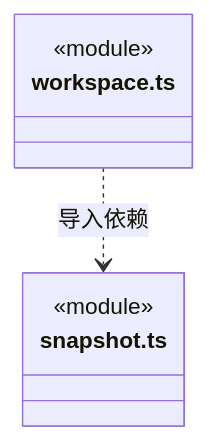
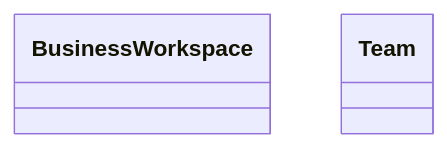
One commit to nan023062/cbim changed the diagram in src/logic/knowledge/rules/read-models/ARCHITECTURE.md. Above: the diagram before and after it, drawn with Mermaid. The commit also changed other lines of this file and 158 other files, not shown here.

Commit message:
docs: model architecture through nested virtual encapsulations

````diff
--- a/src/logic/knowledge/rules/read-models/ARCHITECTURE.md
+++ b/src/logic/knowledge/rules/read-models/ARCHITECTURE.md
@@ -141,10 +18,7 @@
 ```mermaid
 classDiagram
-class N_src_logic_knowledge_rules_read_models_workspace_ts["workspace.ts"] {
-  <<module>>
-}
-class N_src_logic_knowledge_rules_read_models_snapshot_ts["snapshot.ts"] {
-  <<module>>
-}
-N_src_logic_knowledge_rules_read_models_workspace_ts ..> N_src_logic_knowledge_rules_read_models_snapshot_ts : 导入依赖
+class N_55496ab57302["BusinessWorkspace"]
+click N_55496ab57302 href "workspace.ts"
+class N_11b226b04745["Team"]
+click N_11b226b04745 href "team.ts"
 ```
````
